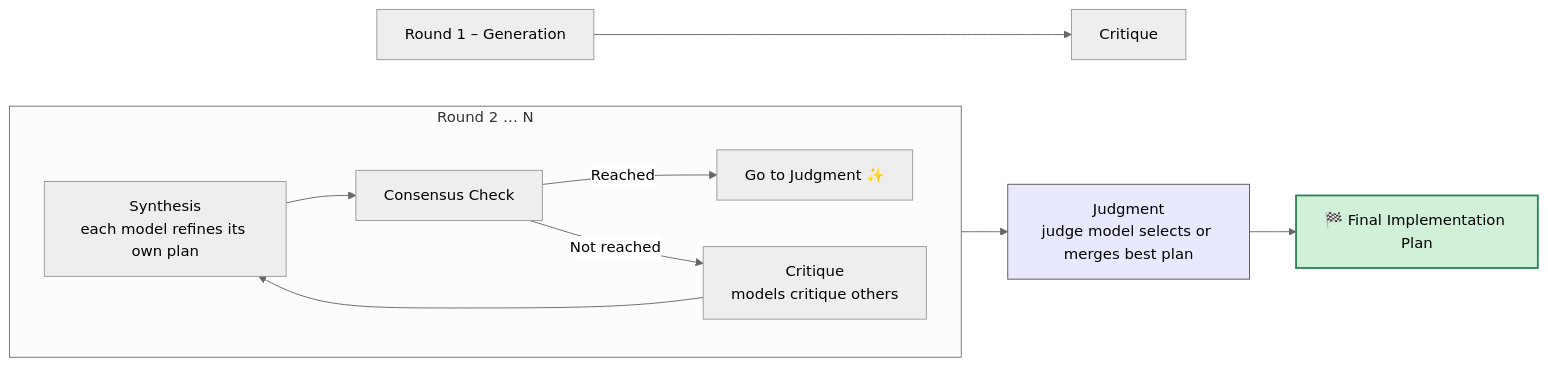
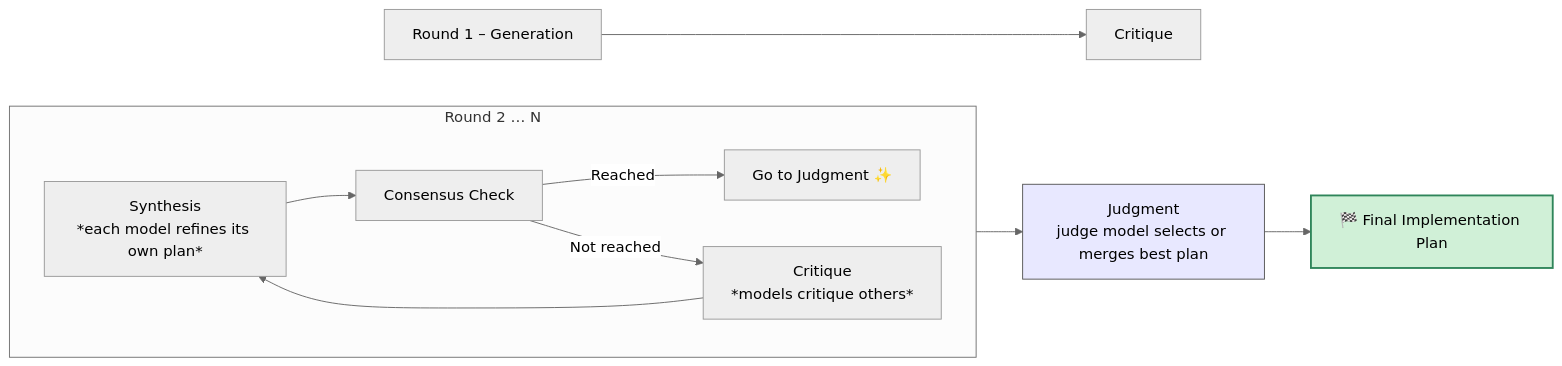
The first of 2 diagrams in README.md (jalehman/mcp-sage), drawn with Mermaid (neutral theme) before and after one commit. The commit also changed other lines of this file, not shown here.

````diff
--- a/README.md
+++ b/README.md
@@ -74,21 +74,21 @@
 ```mermaid
 flowchart LR
   %% ─────────────────────────  ROUND 1  ─────────────────────────
   A1[Round 1 – Generation] --> A2[Critique]
   
   %% ─────────────────– BEGIN LOOP OVER ROUNDS 2 … N  ──────────────
   subgraph Loop[Round 2 … N]
     direction LR
-    B1[Synthesis<br/>each model refines its own plan] --> B2[Consensus Check]
+    B1[Synthesis<br/>*each model refines its own plan*] --> B2[Consensus Check]
     B2 -->|Reached| F[Go to Judgment ✨]
-    B2 -->|Not reached| B3[Critique<br/>models critique others] --> B1
+    B2 -->|Not reached| B3[Critique<br/>*models critique others*] --> B1
   end
   
   %% ─────────────────────────  FINAL  ────────────────────────────
   F --> J[Judgment<br/>judge model selects or merges best plan]
   J --> G[🏁 Final Implementation Plan]
   
   %% styling
   style G fill:#D0F0D7,stroke:#2F855A,stroke-width:2px
   style J fill:#E8E8FF,stroke:#555,stroke-width:1px
 ```
````
